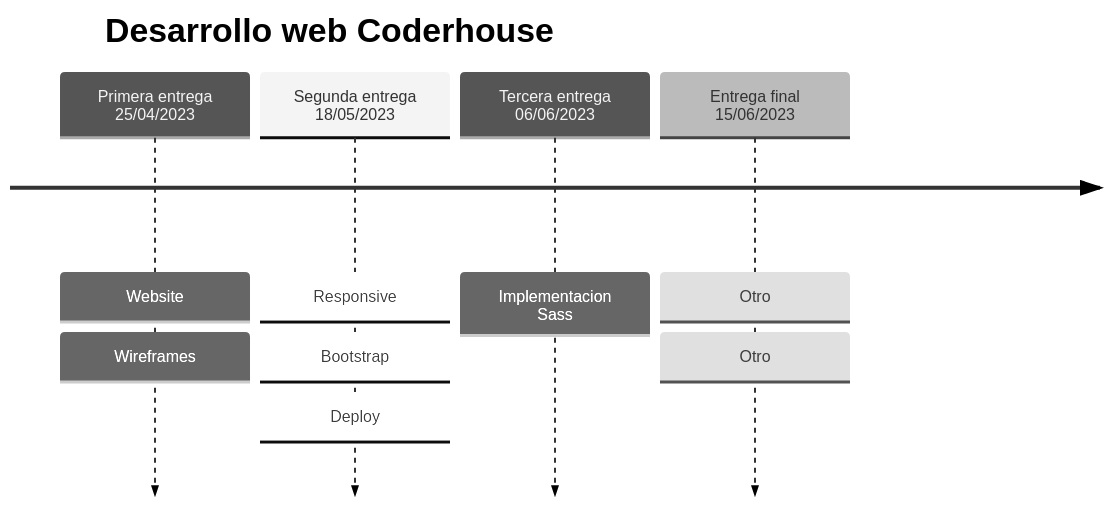
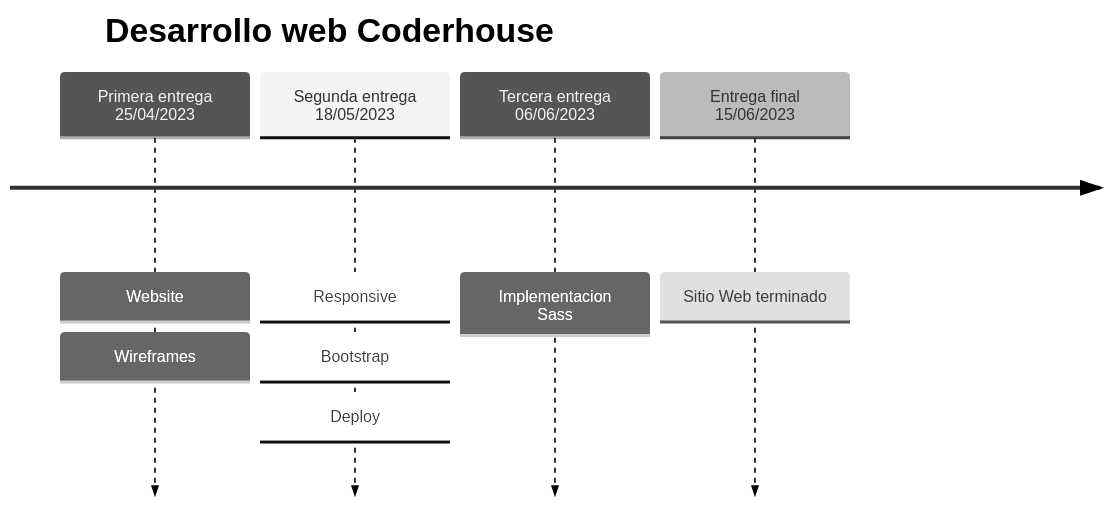
One commit to agusflores/desarrollo-web-coderhouse changed the diagram in README.md. Above: the diagram before and after it, drawn with Mermaid (neutral theme).

````diff
--- a/README.md
+++ b/README.md
@@ -21,8 +21,8 @@
 ``` mermaid
 timeline
     title Desarrollo web Coderhouse 
     Primera entrega 25/04/2023 : Website : Wireframes
     Segunda entrega 18/05/2023 : Responsive : Bootstrap : Deploy
     Tercera entrega 06/06/2023 : Implementacion Sass
-    Entrega final 15/06/2023 : Otro : Otro
+    Entrega final 15/06/2023   : Sitio Web terminado 
 ```
````
